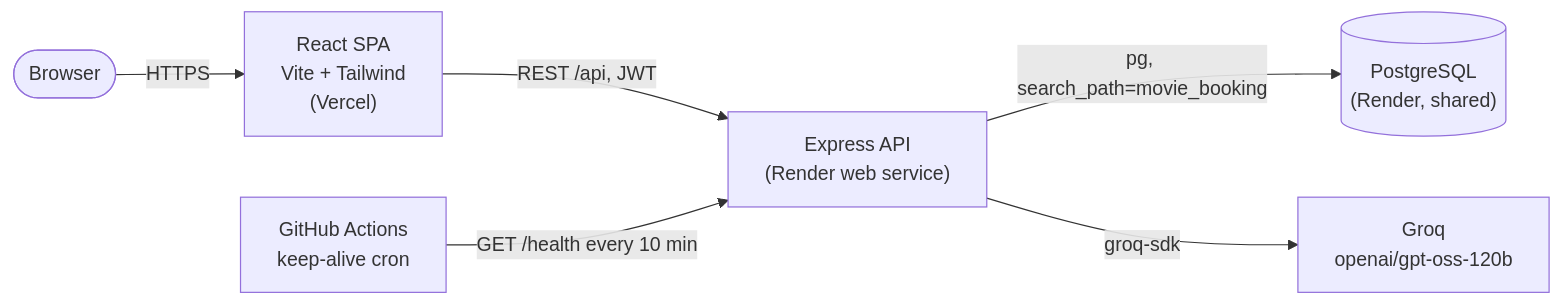
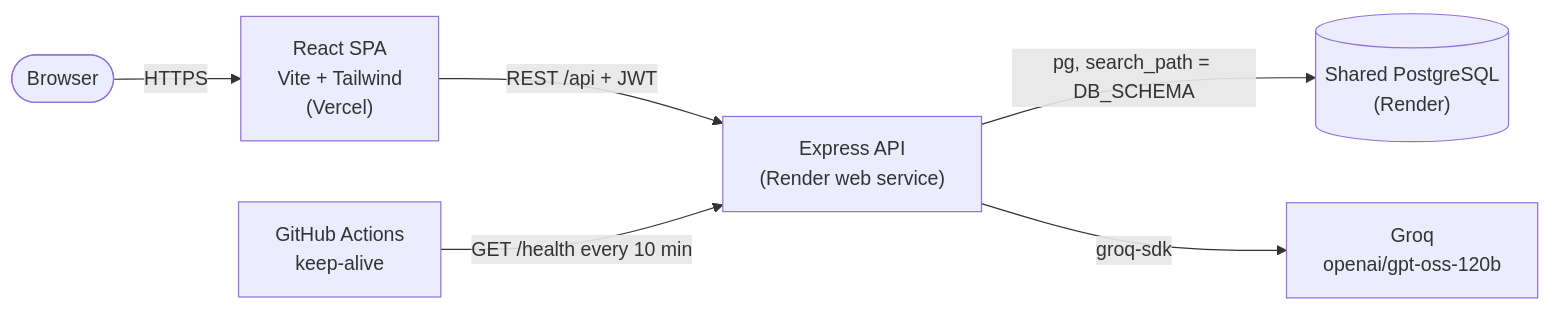
One commit to HarshBathija-04/Movie-booking-system changed the first of 2 diagrams in README.md. Above: the diagram before and after it, drawn with Mermaid. The commit also changed other lines of this file, not shown here.

Commit message:
docs: rewrite README around features, architecture and engineering decisions

````diff
--- a/README.md
+++ b/README.md
@@ -38,8 +39,8 @@
 ```mermaid
 flowchart LR
   user([Browser]) -->|HTTPS| web["React SPA<br/>Vite + Tailwind<br/>(Vercel)"]
-  web -->|REST /api, JWT| api["Express API<br/>(Render web service)"]
-  api -->|pg, search_path=movie_booking| db[("PostgreSQL<br/>(Render, shared)")]
+  web -->|REST /api + JWT| api["Express API<br/>(Render web service)"]
+  api -->|pg, search_path = DB_SCHEMA| db[("Shared PostgreSQL<br/>(Render)")]
   api -->|groq-sdk| groq["Groq<br/>openai/gpt-oss-120b"]
-  gh["GitHub Actions<br/>keep-alive cron"] -->|GET /health every 10 min| api
+  cron["GitHub Actions<br/>keep-alive"] -->|GET /health every 10 min| api
 ```
````
